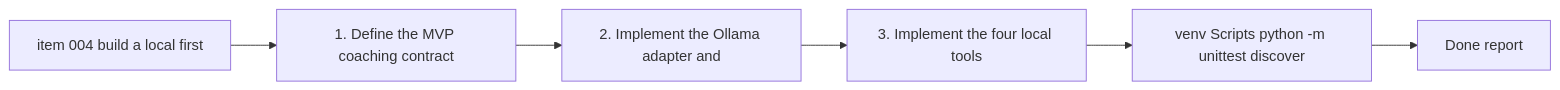
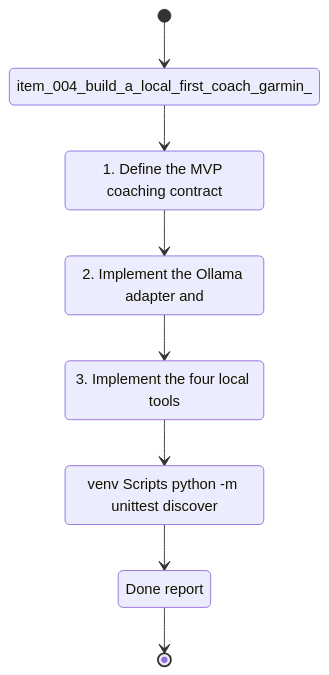
Before and after one commit to Jilanos/Coach_garmin: the diagram in logics/tasks/task_004_build_a_local_first_coach_garmin_chat_cli.md, drawn with Mermaid. The commit also changed other lines of this file and 86 other files, not shown here.

Commit message:
Harden chart UX and UTF-8 handling

````diff
--- a/logics/tasks/task_004_build_a_local_first_coach_garmin_chat_cli.md
+++ b/logics/tasks/task_004_build_a_local_first_coach_garmin_chat_cli.md
@@ -20,10 +21,18 @@
 ```mermaid
 %% logics-kind: task
 %% logics-signature: task|build-a-local-first-coach-garmin-chat-cl|item-004-build-a-local-first-coach-garmi|1-define-the-mvp-coaching-contract|venv-scripts-python-m-unittest-discover
-flowchart LR
-    Backlog[item 004 build a local first] --> Step1[1. Define the MVP coaching contract]
-    Step1 --> Step2[2. Implement the Ollama adapter and]
-    Step2 --> Step3[3. Implement the four local tools]
-    Step3 --> Validation[venv Scripts python -m unittest discover]
-    Validation --> Report[Done report]
+stateDiagram-v2
+    state "item_004_build_a_local_first_coach_garmin_" as Backlog
+    state "1. Define the MVP coaching contract" as Scope
+    state "2. Implement the Ollama adapter and" as Build
+    state "3. Implement the four local tools" as Verify
+    state "venv Scripts python -m unittest discover" as Validation
+    state "Done report" as Report
+    [*] --> Backlog
+    Backlog --> Scope
+    Scope --> Build
+    Build --> Verify
+    Verify --> Validation
+    Validation --> Report
+    Report --> [*]
 ```
````
